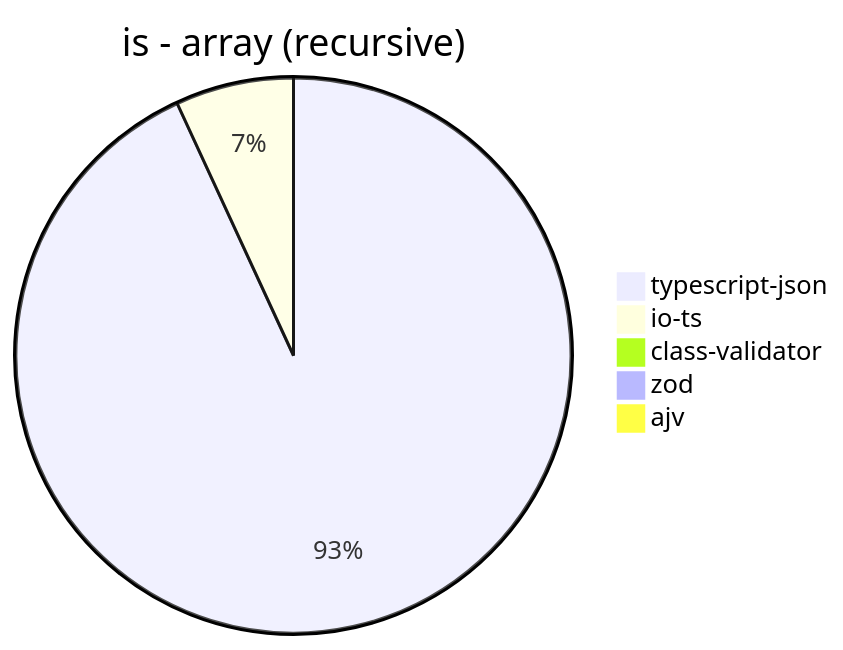
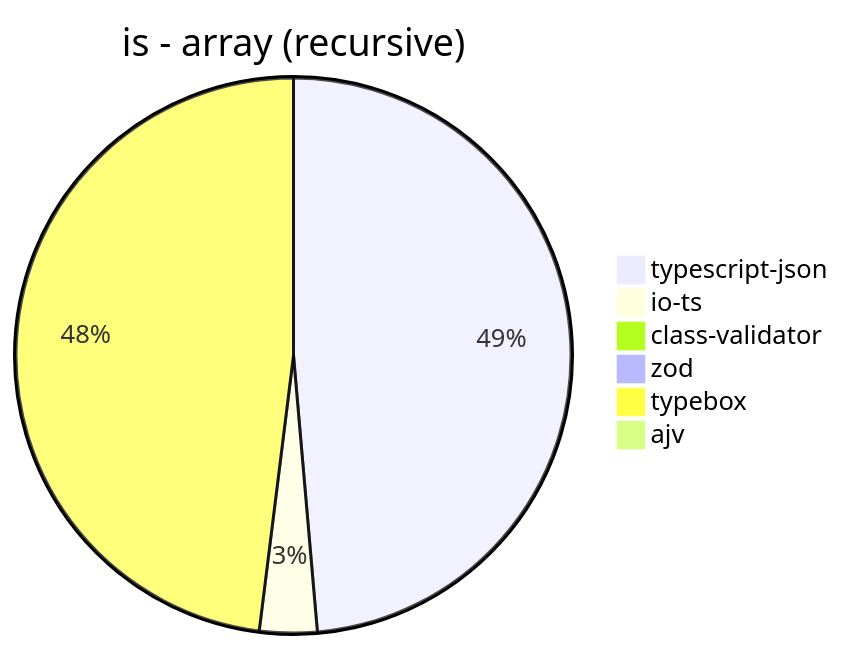
One commit to samchon/typia changed the fifth of 39 diagrams in benchmark/results/AMD Ryzen 7 5800H with Radeon Graphics.md. Above: the diagram before and after it, drawn with Mermaid. The commit also changed other lines of this file and 6 other files, not shown here.

````diff
--- a/benchmark/results/AMD Ryzen 7 5800H with Radeon Graphics.md
+++ b/benchmark/results/AMD Ryzen 7 5800H with Radeon Graphics.md
@@ -61,8 +65,9 @@
 ```mermaid
 pie title is - array (recursive)
-  "typescript-json": 6923.586816424231
-  "io-ts": 511.4648474512033
-  "class-validator": 3.7615196539401916
-  "zod": 8.90207715133531
+  "typescript-json": 7141.006661732051
+  "io-ts": 491.2676056338028
+  "class-validator": 3.3733133433283355
+  "zod": 8.556547619047619
+  "typebox": 7052.944454765001
   "ajv": 0
 ```
````
